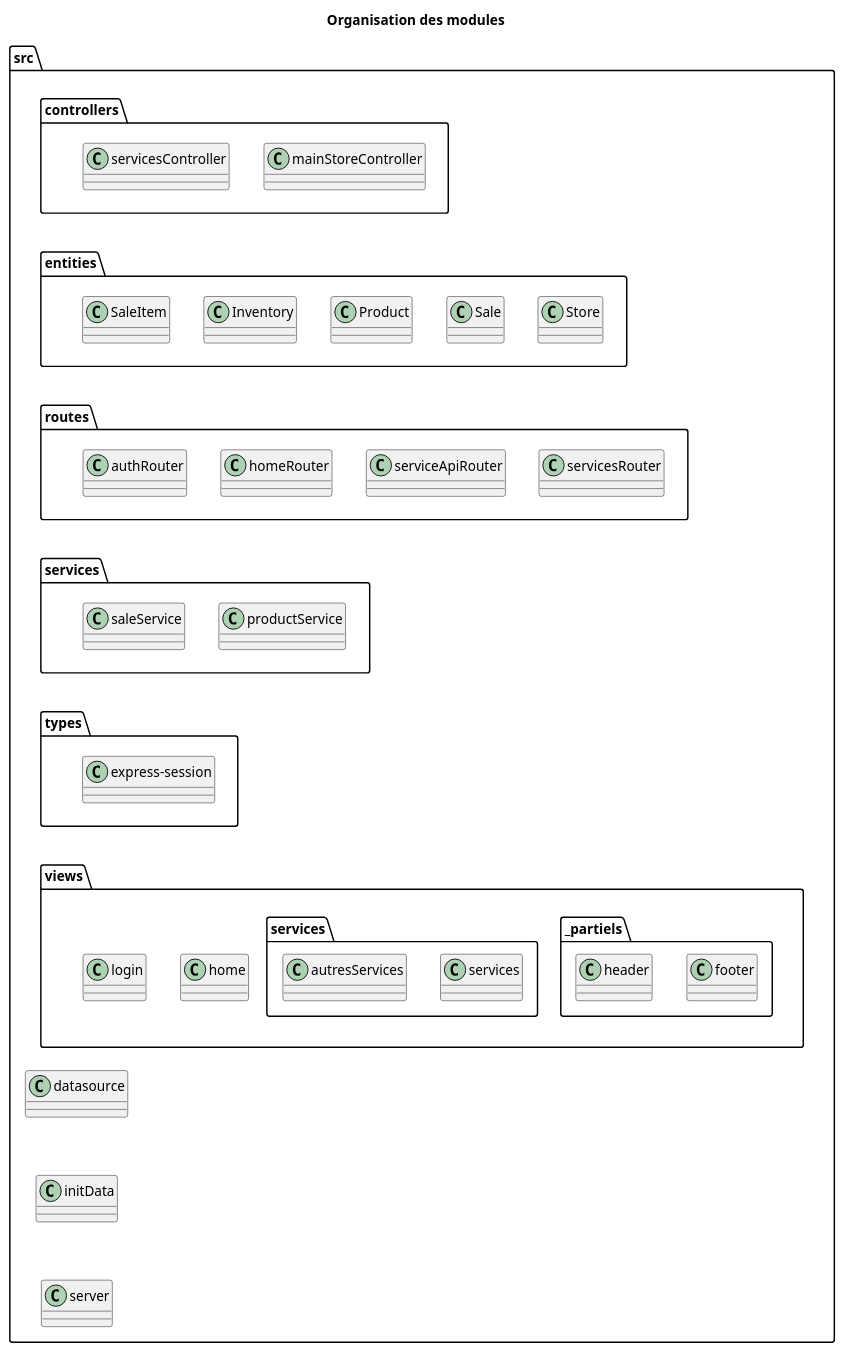
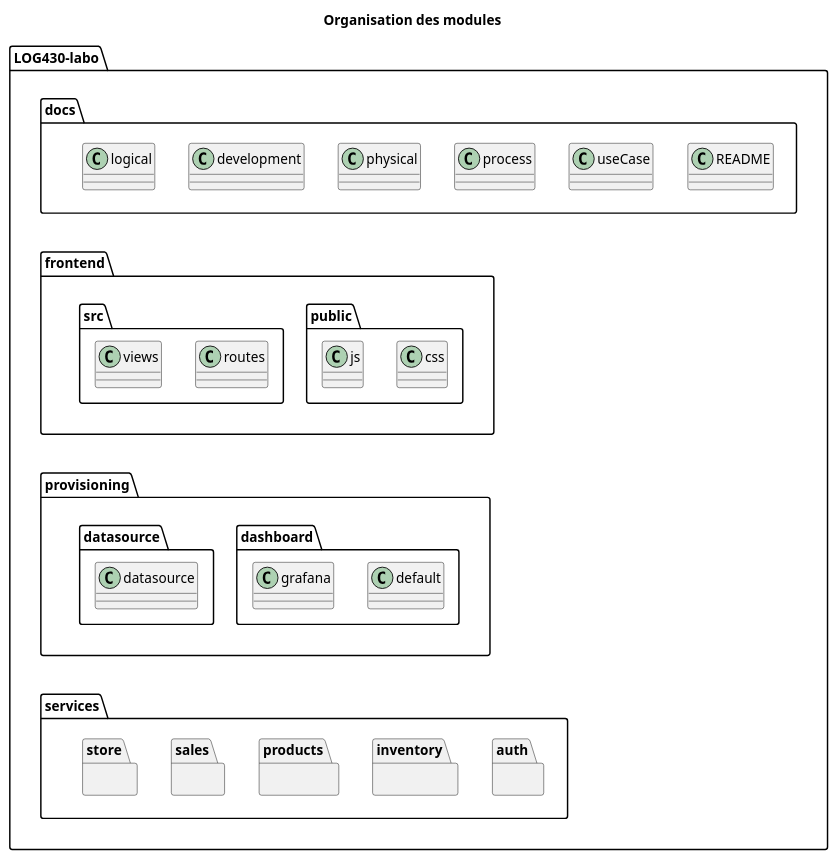
The diagram in docs/development/modules-organisation.puml (RaphaelMailhiot/LOG430-labo), drawn with PlantUML before and after one commit. The commit also changed 2 other files, not shown here.

Commit message:
Save docs development and start logical

```diff
--- a/docs/development/modules-organisation.puml
+++ b/docs/development/modules-organisation.puml
@@ -1,60 +1,54 @@
 @startuml Organisation des modules
 
 title Organisation des modules
 
-package "src" {
-    package "controllers" as C {
-        class mainStoreController
-        class servicesController
+package "LOG430-labo" {
+    package "docs" as D {
+        class development
+        class logical
+        class physical
+        class process
+        class useCase
+        class README
     }
-    package "entities" as E {
-        class Inventory
-        class Product
-        class Sale
-        class SaleItem
-        class Store
+    package "frontend" as F {
+        package public {
+            class css
+            class js
+        }
+        package src {
+            class routes
+            class views
+        }
     }
-    package "routes" as R {
-        class authRouter
-        class homeRouter
-        class serviceApiRouter
-        class servicesRouter
+    package "provisioning" as P {
+        package dashboard {
+            class default
+            class grafana
+        }
+        package datasource {
+            class datasource
+        }
     }
     package "services" as S {
-        class productService
-        class saleService
+        package auth {
+        }
+        package inventory {
+        }
+        package products {
+        }
+        package sales {
+        }
+        package store {
+        }
     }
-    package "types" as T {
-        class express-session
-    }
-    package "views" as V {
-        package "_partiels" {
-            class footer
-            class header
-        }
-        package "services" {
-            class services
-            class autresServices
-        }
-        class home
-        class login
-    }
-    class datasource
-    class initData
-    class server
 }
 
-Product -[hidden]right- Sale
-Sale -[hidden]right- Store
-homeRouter -[hidden]right- serviceApiRouter
-serviceApiRouter -[hidden]right- servicesRouter
-C -[hidden]down- E
-E -[hidden]down- R
-R -[hidden]down- S
-S -[hidden]down- T
-T -[hidden]down- V
-V -[hidden]down- datasource
-datasource -[hidden]down- initData
-initData -[hidden]down- server
+physical -[hidden]right- process
+process -[hidden]right- useCase
+useCase -[hidden]right- README
+D -[hidden]down- F
+F -[hidden]down- P
+P -[hidden]down- S
 
 @enduml
```
